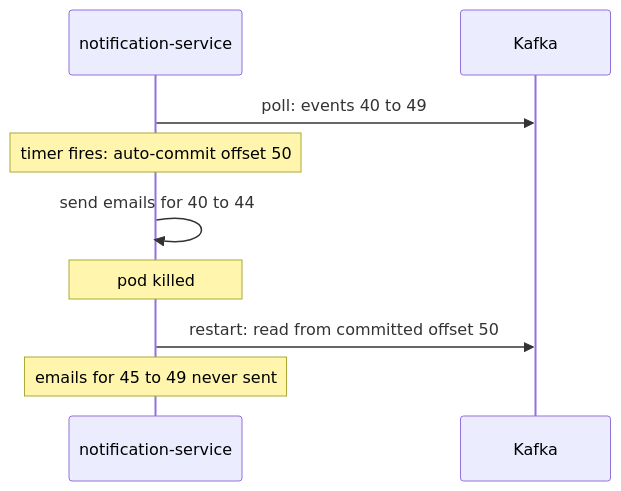
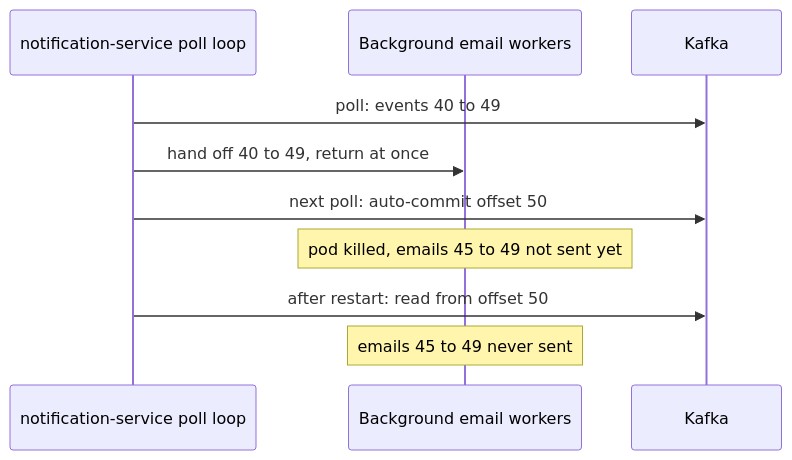
One commit to jubin-techwiz/learning changed the first of 2 diagrams in notes/02-messaging/02-kafka/05-offset-commits-delivery-guarantees.md. Above: the diagram before and after it, drawn with Mermaid. The commit also changed other lines of this file and 37 other files, not shown here.

````diff
--- a/notes/02-messaging/02-kafka/05-offset-commits-delivery-guarantees.md
+++ b/notes/02-messaging/02-kafka/05-offset-commits-delivery-guarantees.md
@@ -26,11 +55,12 @@
 ```mermaid
 sequenceDiagram
-    participant C as notification-service
+    participant C as notification-service poll loop
+    participant W as Background email workers
     participant K as Kafka
     C->>K: poll: events 40 to 49
-    Note over C: timer fires: auto-commit offset 50
-    C->>C: send emails for 40 to 44
-    Note over C: pod killed
-    C->>K: restart: read from committed offset 50
-    Note over C: emails for 45 to 49 never sent
+    C->>W: hand off 40 to 49, return at once
+    C->>K: next poll: auto-commit offset 50
+    Note over W: pod killed, emails 45 to 49 not sent yet
+    C->>K: after restart: read from offset 50
+    Note over W: emails 45 to 49 never sent
 ```
````
